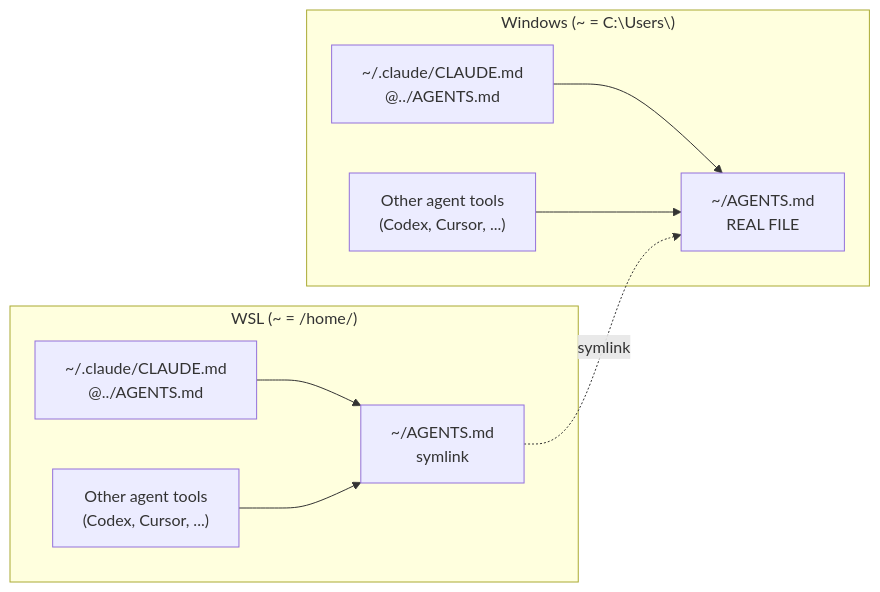
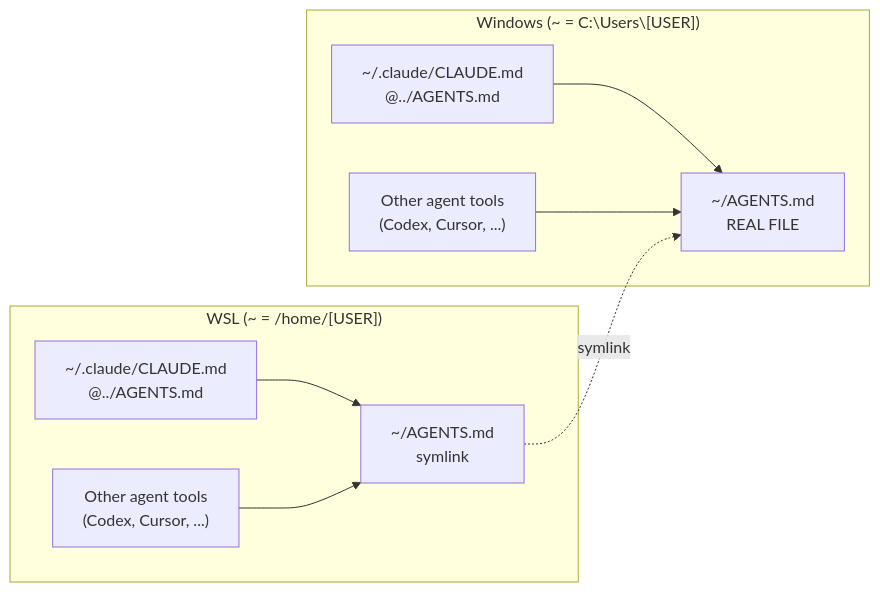
One commit to pilniczek/important changed the first of 3 diagrams in content/global-agents-md-windows-wsl.md. Above: the diagram before and after it, drawn with Mermaid. The commit also changed other lines of this file and 10 other files, not shown here.

````diff
--- a/content/global-agents-md-windows-wsl.md
+++ b/content/global-agents-md-windows-wsl.md
@@ -24,12 +34,12 @@
 ```mermaid
 flowchart LR
-  subgraph WIN["Windows (~ = C:\Users\<UserName>)"]
+  subgraph WIN["Windows (~ = C:\Users\[USER])"]
     WC["~/.claude/CLAUDE.md<br/>@../AGENTS.md"] --> WA["~/AGENTS.md<br/>REAL FILE"]
     WOTHER["Other agent tools<br/>(Codex, Cursor, ...)"] --> WA
   end
-  subgraph WSL["WSL (~ = /home/<UserName>)"]
+  subgraph WSL["WSL (~ = /home/[USER])"]
     LC["~/.claude/CLAUDE.md<br/>@../AGENTS.md"] --> LA["~/AGENTS.md<br/>symlink"]
     LOTHER["Other agent tools<br/>(Codex, Cursor, ...)"] --> LA
   end
   LA -. symlink .-> WA
 ```
````
